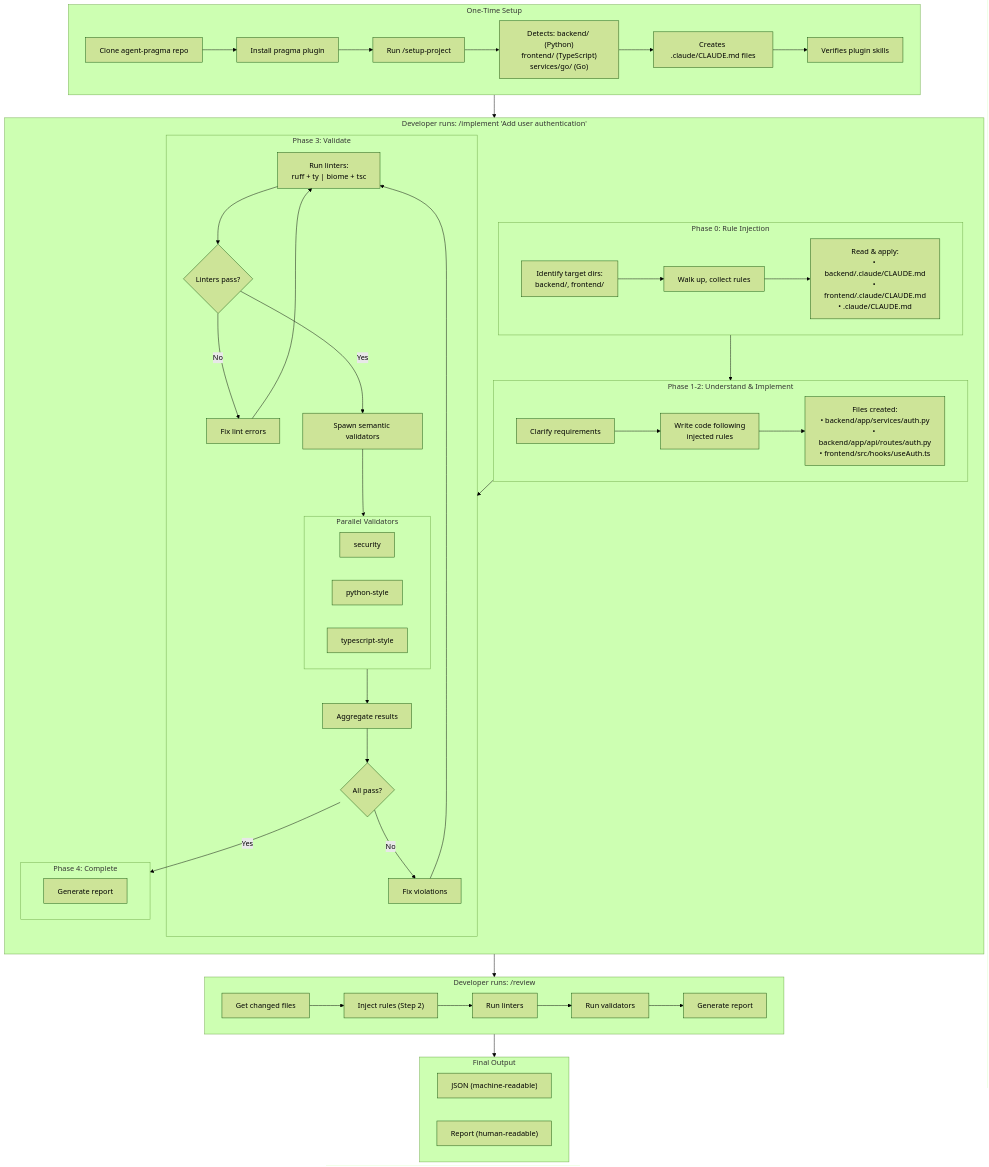
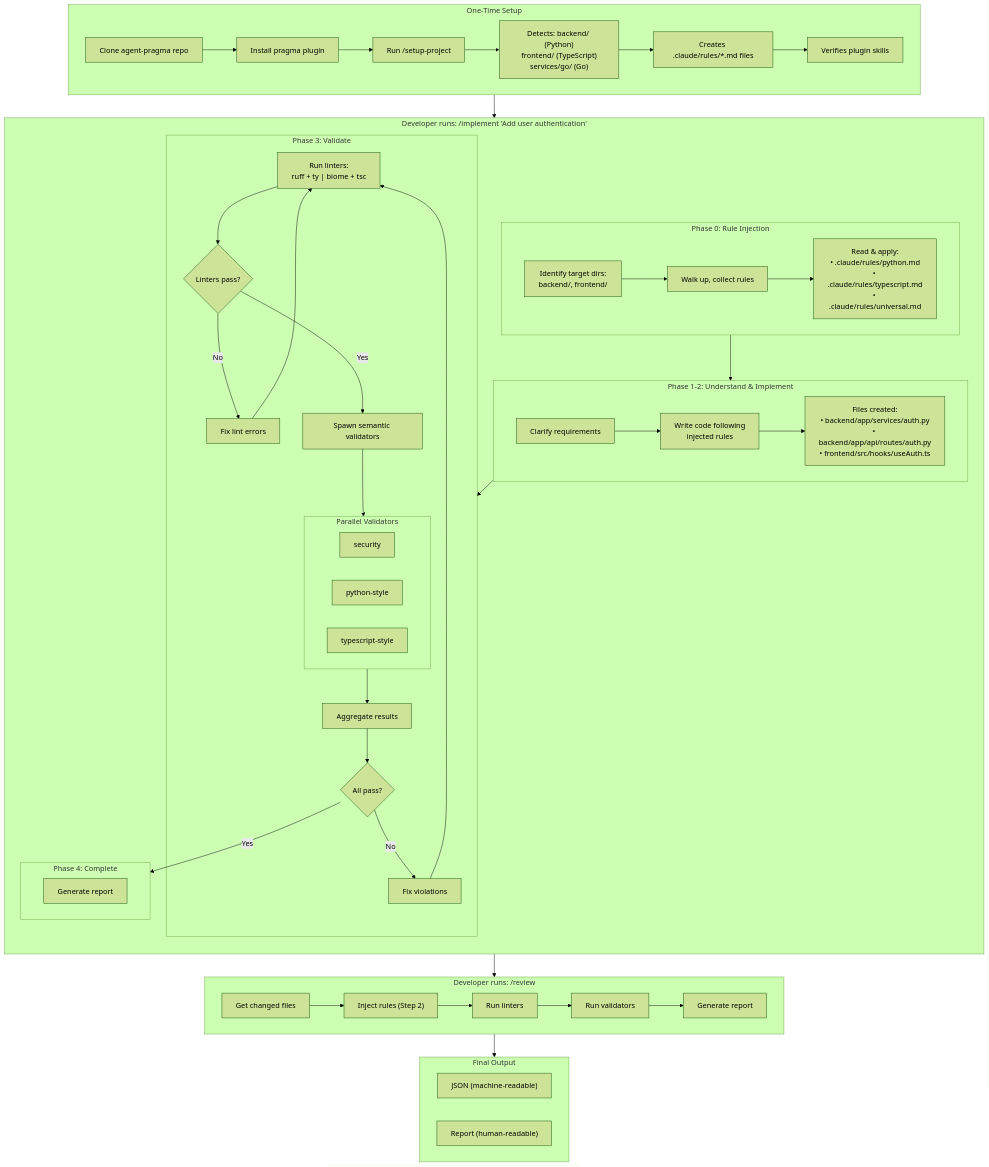
The first of 7 diagrams in ARCHITECTURE.md (peteski22/claude-pragma), drawn with Mermaid (forest theme) before and after one commit. The commit also changed other lines of this file and 7 other files, not shown here.

First line of the commit message:
Migrate setup-project from .claude/CLAUDE.md to .claude/rules/*.md (#93)

````diff
--- a/ARCHITECTURE.md
+++ b/ARCHITECTURE.md
@@ -9,78 +9,78 @@
 ```mermaid
 flowchart TB
     subgraph Setup["One-Time Setup"]
         S1["Clone agent-pragma repo"]
         S2["Install pragma plugin"]
         S3["Run /setup-project"]
         S1 --> S2 --> S3
         S3 --> S3a["Detects: backend/ (Python)<br/>frontend/ (TypeScript)<br/>services/go/ (Go)"]
-        S3a --> S3b["Creates .claude/CLAUDE.md files"]
+        S3a --> S3b["Creates .claude/rules/*.md files"]
         S3b --> S3c["Verifies plugin skills"]
     end
 
     subgraph Implement["Developer runs: /implement 'Add user authentication'"]
         direction TB
 
         subgraph P0["Phase 0: Rule Injection"]
             P0a["Identify target dirs:<br/>backend/, frontend/"]
             P0b["Walk up, collect rules"]
-            P0c["Read & apply:<br/>• backend/.claude/CLAUDE.md<br/>• frontend/.claude/CLAUDE.md<br/>• .claude/CLAUDE.md"]
+            P0c["Read & apply:<br/>• .claude/rules/python.md<br/>• .claude/rules/typescript.md<br/>• .claude/rules/universal.md"]
             P0a --> P0b --> P0c
         end
 
         subgraph P12["Phase 1-2: Understand & Implement"]
             P12a["Clarify requirements"]
             P12b["Write code following<br/>injected rules"]
             P12c["Files created:<br/>• backend/app/services/auth.py<br/>• backend/app/api/routes/auth.py<br/>• frontend/src/hooks/useAuth.ts"]
             P12a --> P12b --> P12c
         end
 
         subgraph P3["Phase 3: Validate"]
             P3a["Run linters:<br/>ruff + ty | biome + tsc"]
             P3b{Linters pass?}
             P3c["Fix lint errors"]
             P3d["Spawn semantic validators"]
 
             P3a --> P3b
             P3b -->|No| P3c --> P3a
             P3b -->|Yes| P3d
 
             subgraph Validators["Parallel Validators"]
                 V1["security"]
                 V2["python-style"]
                 V3["typescript-style"]
             end
 
             P3d --> Validators
             Validators --> P3e["Aggregate results"]
             P3e --> P3f{All pass?}
             P3f -->|No| P3g["Fix violations"]
             P3g --> P3a
         end
 
         subgraph P4["Phase 4: Complete"]
             P4a["Generate report"]
         end
 
         P0 --> P12 --> P3
         P3f -->|Yes| P4
     end
 
     subgraph Review["Developer runs: /review"]
         R1["Get changed files"]
         R2["Inject rules (Step 2)"]
         R3["Run linters"]
         R4["Run validators"]
         R5["Generate report"]
         R1 --> R2 --> R3 --> R4 --> R5
     end
 
     subgraph Output["Final Output"]
         O1["JSON (machine-readable)"]
         O2["Report (human-readable)"]
     end
 
     Setup --> Implement
     Implement --> Review
     Review --> Output
 ```
````
